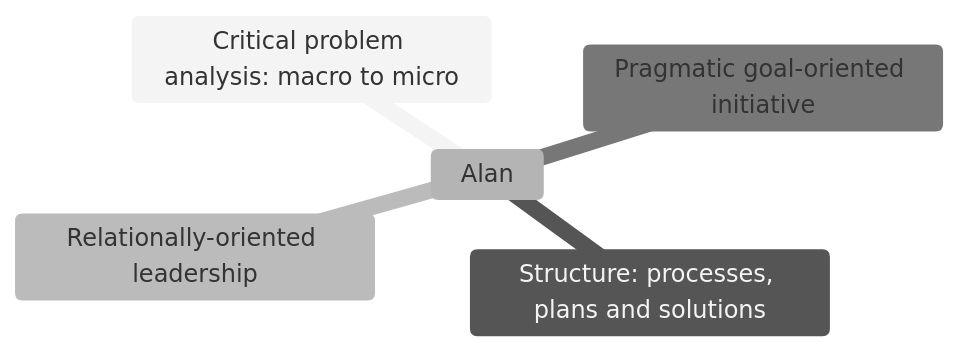
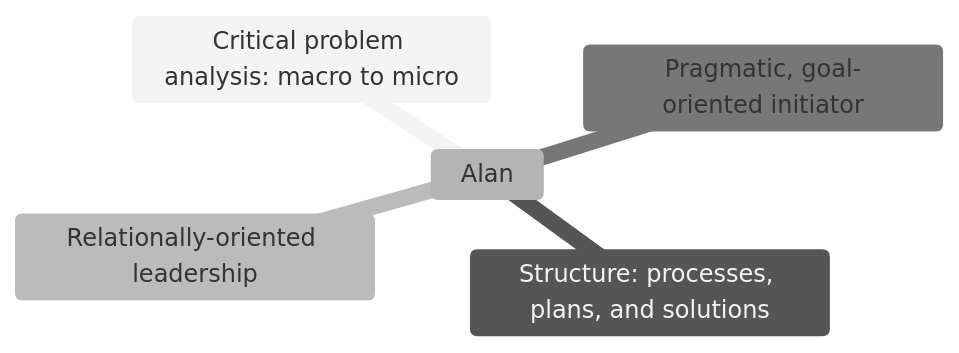
Before and after one commit to rayalan/binary-adages: the diagram in content/pages/profile-professional-strengths.md, drawn with Mermaid (neutral theme). The commit also changed other lines of this file and 8 other files, not shown here.

````diff
--- a/content/pages/profile-professional-strengths.md
+++ b/content/pages/profile-professional-strengths.md
@@ -26,9 +26,9 @@
 ```mermaid
 
 mindmap
   Alan
     Critical problem analysis: macro to micro
-    Structure: processes, plans and solutions
+    Structure: processes, plans, and solutions
     Relationally-oriented leadership
-    Pragmatic goal-oriented initiative
+    Pragmatic, goal-oriented initiator
 ```
````
